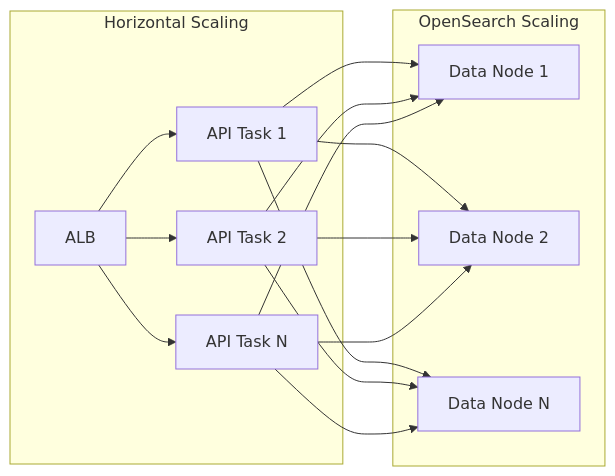
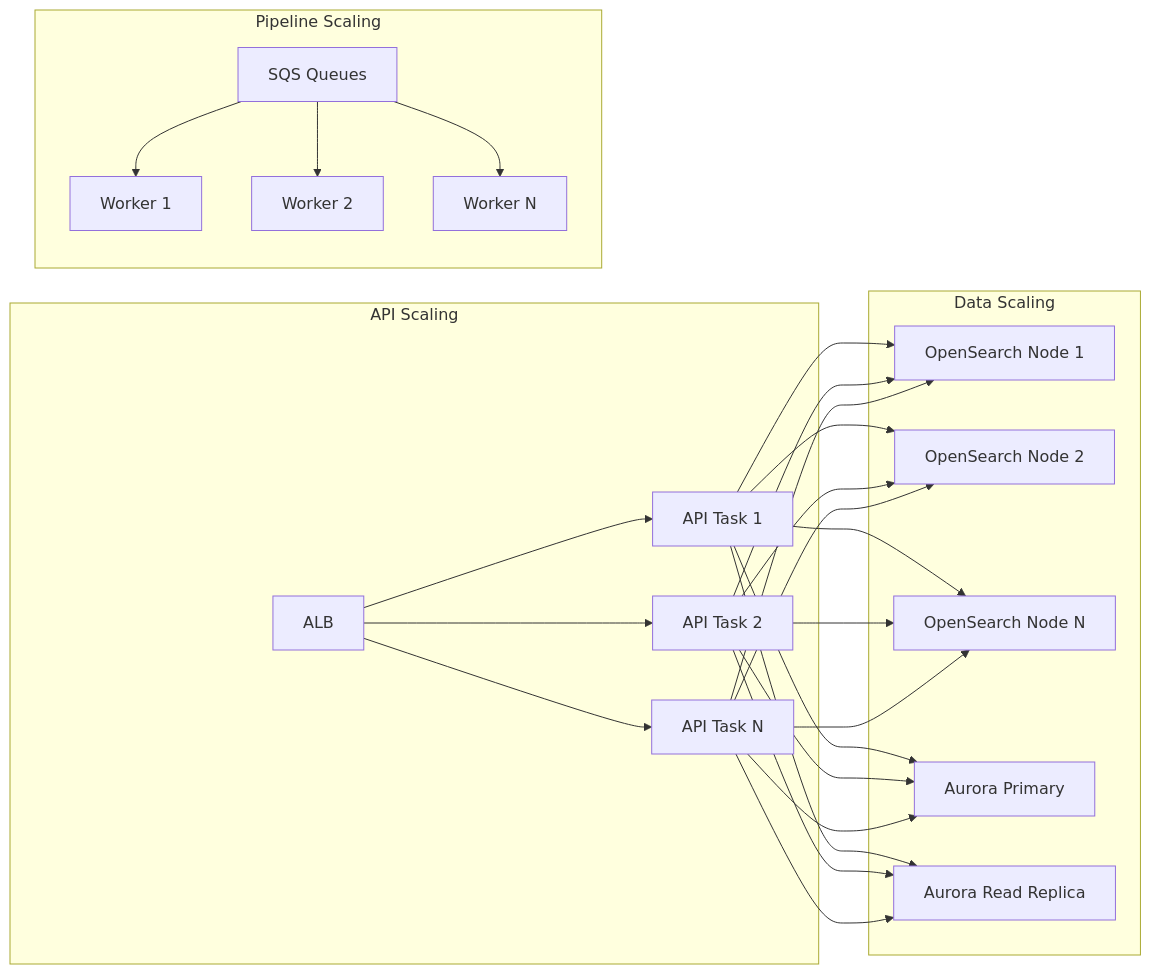
Before and after one commit to gepstein23/EpsteinBrowser: diagram 15 of 15 in docs/architecture.md, drawn with Mermaid. The commit also changed other lines of this file and 1 other file, not shown here.

First line of the commit message:
Authored by Genevieve's Intern, Claude: Rewrite architecture with evented pipeline design

````diff
--- a/docs/architecture.md
+++ b/docs/architecture.md
@@ -391,16 +881,25 @@
 ```mermaid
 graph LR
-    subgraph "Horizontal Scaling"
-        A[ALB] --> B1[API Task 1]
-        A --> B2[API Task 2]
-        A --> B3[API Task N]
+    subgraph "API Scaling"
+        ALB[ALB] --> A1[API Task 1]
+        ALB --> A2[API Task 2]
+        ALB --> A3[API Task N]
     end
 
-    subgraph "OpenSearch Scaling"
-        OS1[Data Node 1]
-        OS2[Data Node 2]
-        OS3[Data Node N]
+    subgraph "Pipeline Scaling"
+        SQS[SQS Queues] --> W1[Worker 1]
+        SQS --> W2[Worker 2]
+        SQS --> W3[Worker N]
     end
 
-    B1 & B2 & B3 --> OS1 & OS2 & OS3
+    subgraph "Data Scaling"
+        OS1[OpenSearch Node 1]
+        OS2[OpenSearch Node 2]
+        OS3[OpenSearch Node N]
+        PG1[Aurora Primary]
+        PG2[Aurora Read Replica]
+    end
+
+    A1 & A2 & A3 --> OS1 & OS2 & OS3
+    A1 & A2 & A3 --> PG1 & PG2
 ```
````
